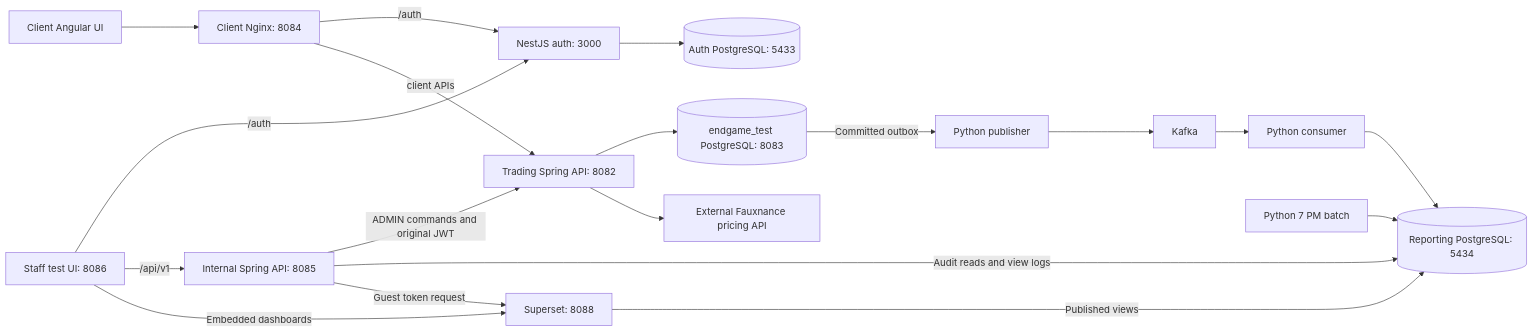
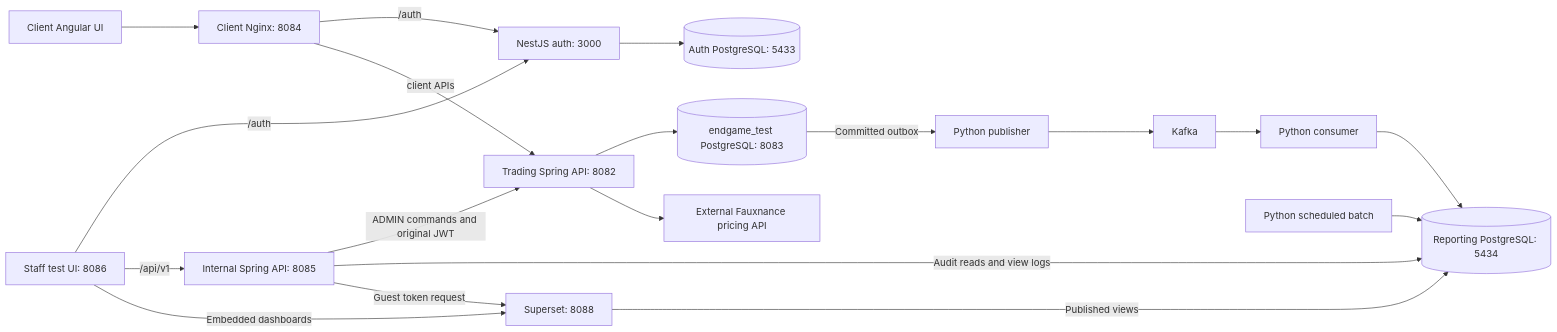
Before and after one commit to AidanJones14/asset-avengers-project: the first of 3 diagrams in docs/project-guide.md, drawn with Mermaid. The commit also changed other lines of this file and 56 other files, not shown here.

````diff
--- a/docs/project-guide.md
+++ b/docs/project-guide.md
@@ -21,21 +21,21 @@
 ```mermaid
 flowchart LR
     Browser[Client Angular UI] --> Nginx[Client Nginx: 8084]
     Staff[Staff test UI: 8086] -->|/auth| Auth[NestJS auth: 3000]
     Nginx -->|/auth| Auth
     Nginx -->|client APIs| Backend[Trading Spring API: 8082]
     Staff -->|/api/v1| Internal[Internal Spring API: 8085]
     Internal -->|ADMIN commands and original JWT| Backend
     Auth --> AuthDB[(Auth PostgreSQL: 5433)]
     Backend --> TradingDB[(endgame_test PostgreSQL: 8083)]
     Backend --> Pricing[External Fauxnance pricing API]
     TradingDB -->|Committed outbox| Publisher[Python publisher]
     Publisher --> Kafka[Kafka]
     Kafka --> Consumer[Python consumer]
     Consumer --> Reporting[(Reporting PostgreSQL: 5434)]
     Internal -->|Audit reads and view logs| Reporting
-    Batch[Python 7 PM batch] --> Reporting
+    Batch[Python scheduled batch] --> Reporting
     Superset[Superset: 8088] -->|Published views| Reporting
     Staff -->|Embedded dashboards| Superset
     Internal -->|Guest token request| Superset
 ```
````
